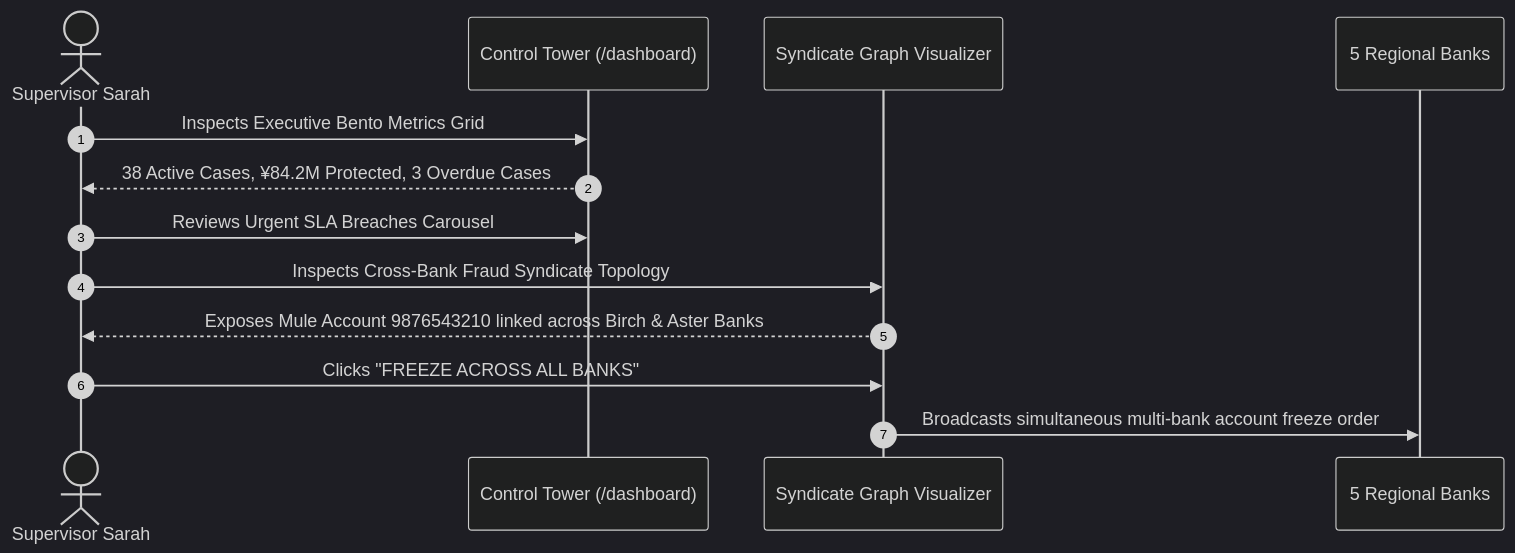
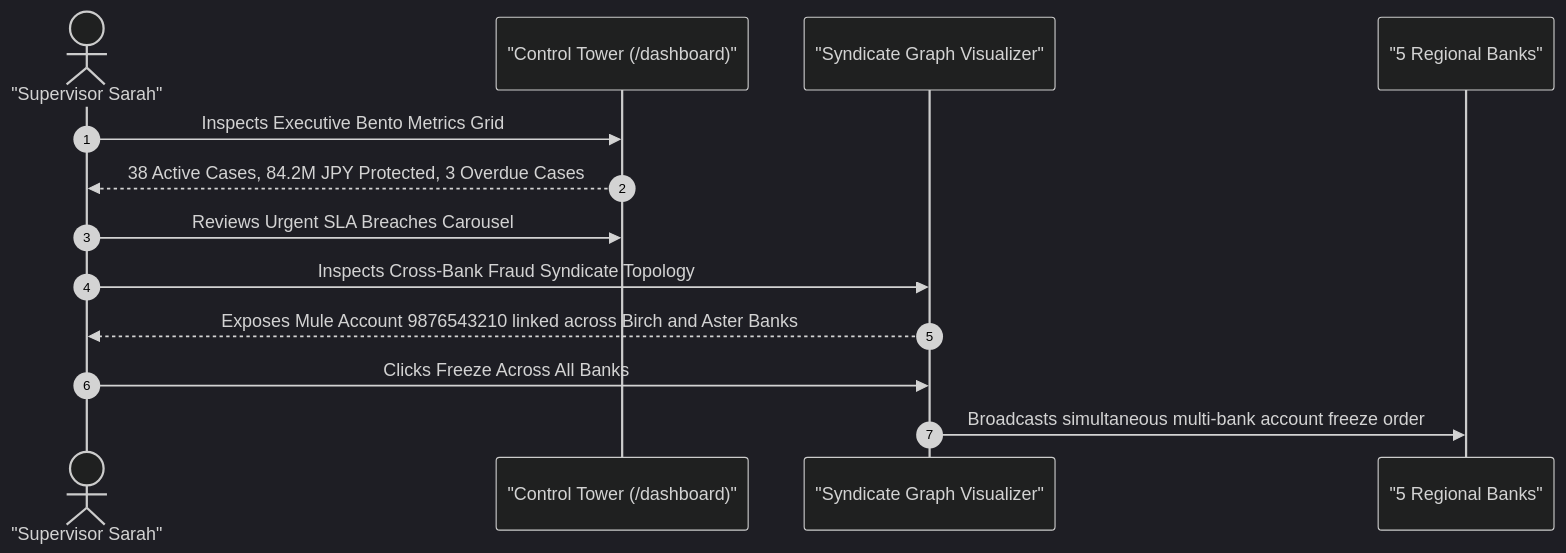
The fifth of 7 diagrams in frontend/walkthrough/README.md (minuwu/ReliefOps), drawn with Mermaid (dark theme) before and after one commit. The commit also changed other lines of this file and 8 other files, not shown here.

Commit message:
fix(docs): sanitize mermaid diagrams for github rendering and remove release workflow

````diff
--- a/frontend/walkthrough/README.md
+++ b/frontend/walkthrough/README.md
@@ -239,16 +238,16 @@
 ```mermaid
 sequenceDiagram
     autonumber
-    actor Sup as Supervisor Sarah
-    participant Tower as Control Tower (/dashboard)
-    participant Graph as Syndicate Graph Visualizer
-    participant Banks as 5 Regional Banks
+    actor Sup as "Supervisor Sarah"
+    participant Tower as "Control Tower (/dashboard)"
+    participant Graph as "Syndicate Graph Visualizer"
+    participant Banks as "5 Regional Banks"
 
     Sup->>Tower: Inspects Executive Bento Metrics Grid
-    Tower-->>Sup: 38 Active Cases, ¥84.2M Protected, 3 Overdue Cases
+    Tower-->>Sup: 38 Active Cases, 84.2M JPY Protected, 3 Overdue Cases
     Sup->>Tower: Reviews Urgent SLA Breaches Carousel
     Sup->>Graph: Inspects Cross-Bank Fraud Syndicate Topology
-    Graph-->>Sup: Exposes Mule Account 9876543210 linked across Birch & Aster Banks
-    Sup->>Graph: Clicks "FREEZE ACROSS ALL BANKS"
+    Graph-->>Sup: Exposes Mule Account 9876543210 linked across Birch and Aster Banks
+    Sup->>Graph: Clicks Freeze Across All Banks
     Graph->>Banks: Broadcasts simultaneous multi-bank account freeze order
 ```
````
